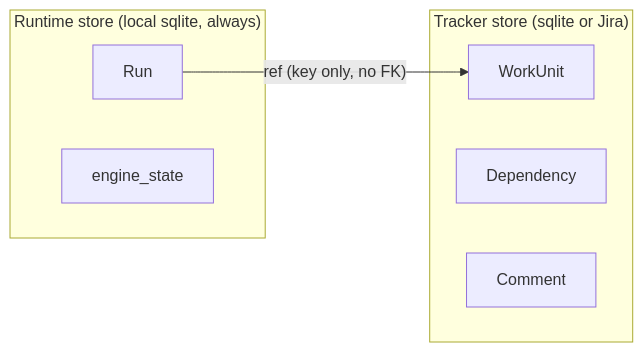
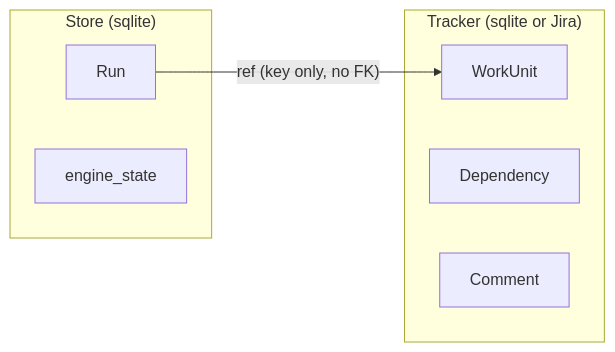
Before and after one commit to bingeli1379/tasuki: the third of 3 diagrams in docs/architecture.md, drawn with Mermaid. The commit also changed other lines of this file and 11 other files, not shown here.

````diff
--- a/docs/architecture.md
+++ b/docs/architecture.md
@@ -185,13 +185,13 @@
 ```mermaid
 flowchart LR
-  subgraph TS["Tracker store (sqlite or Jira)"]
+  subgraph TS["Tracker (sqlite or Jira)"]
     WU["WorkUnit"]
     DEP["Dependency"]
     CM["Comment"]
   end
-  subgraph RS["Runtime store (local sqlite, always)"]
+  subgraph RS["Store (sqlite)"]
     RUN["Run"]
     ES["engine_state"]
   end
   RUN -- "ref (key only, no FK)" --> WU
 ```
````
